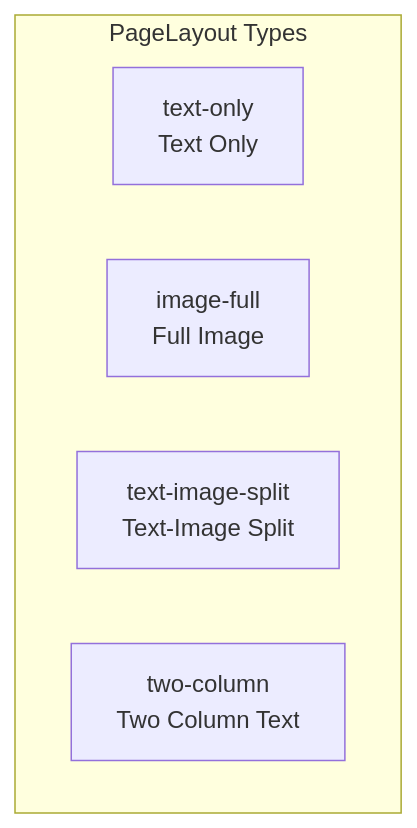
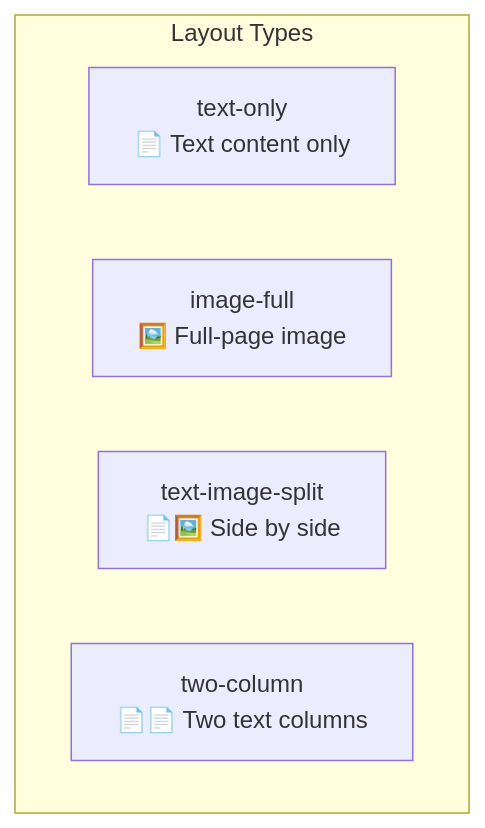
The fourth of 6 diagrams in README.md (ChanMeng666/chan-meng-novel-web), drawn with Mermaid before and after one commit. The commit also changed other lines of this file and 1 other file, not shown here.

````diff
--- a/README.md
+++ b/README.md
@@ -158,9 +345,9 @@
 ```mermaid
 graph TB
-    subgraph "PageLayout Types"
-        TO["text-only<br/>Text Only"]
-        IF["image-full<br/>Full Image"]
-        TIS["text-image-split<br/>Text-Image Split"]
-        TC["two-column<br/>Two Column Text"]
+    subgraph "Layout Types"
+        TO["text-only<br/>📄 Text content only"]
+        IF["image-full<br/>🖼️ Full-page image"]
+        TIS["text-image-split<br/>📄🖼️ Side by side"]
+        TC["two-column<br/>📄📄 Two text columns"]
     end
 ```
````
